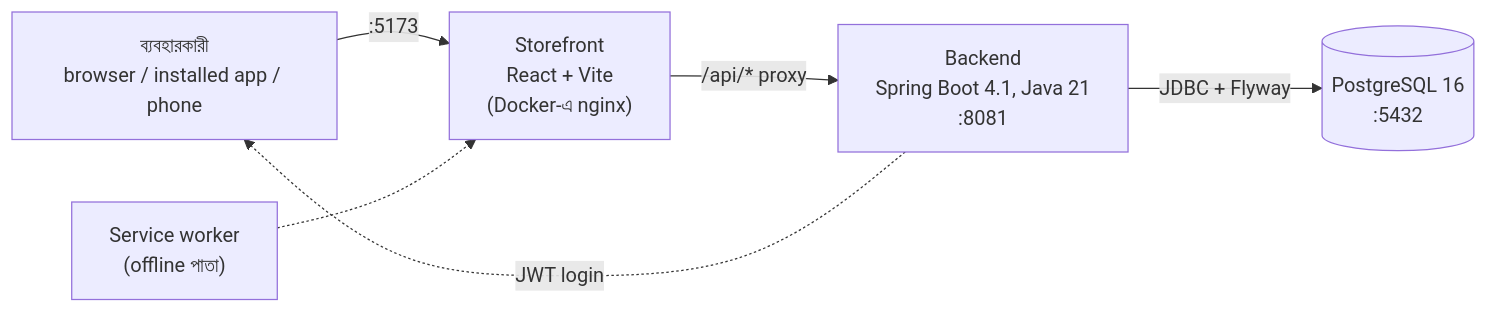
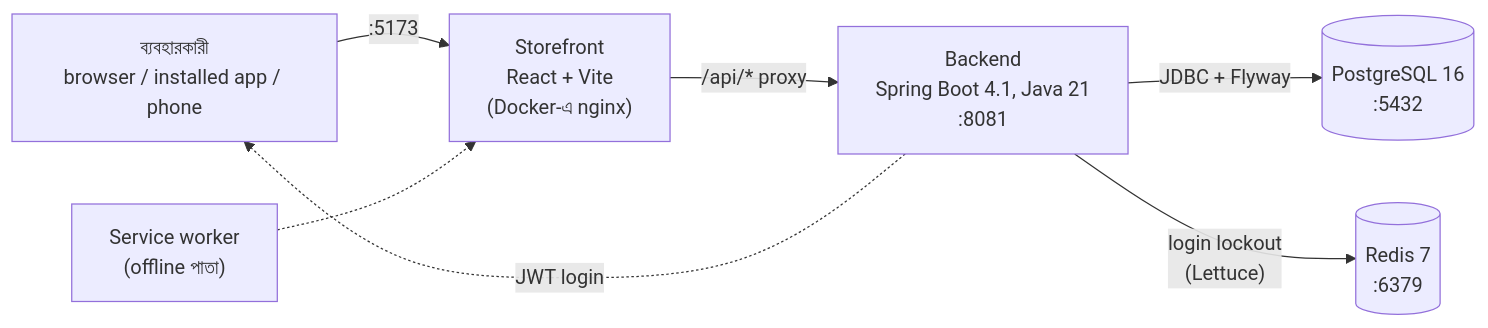
One commit to rbchy/RbcTcsWorld changed the first of 11 diagrams in docs/HELP_BN.md. Above: the diagram before and after it, drawn with Mermaid. The commit also changed other lines of this file and 13 other files, not shown here.

````diff
--- a/docs/HELP_BN.md
+++ b/docs/HELP_BN.md
@@ -43,8 +45,9 @@
 ```mermaid
 flowchart LR
   U["ব্যবহারকারী<br/>browser / installed app / phone"] -->|":5173"| N["Storefront<br/>React + Vite<br/>(Docker-এ nginx)"]
   N -->|"/api/* proxy"| B["Backend<br/>Spring Boot 4.1, Java 21<br/>:8081"]
   B -->|"JDBC + Flyway"| D[("PostgreSQL 16<br/>:5432")]
+  B -->|"login lockout<br/>(Lettuce)"| R[("Redis 7<br/>:6379")]
   B -.->|"JWT login"| U
   SW["Service worker<br/>(offline পাতা)"] -.-> N
 ```
````
